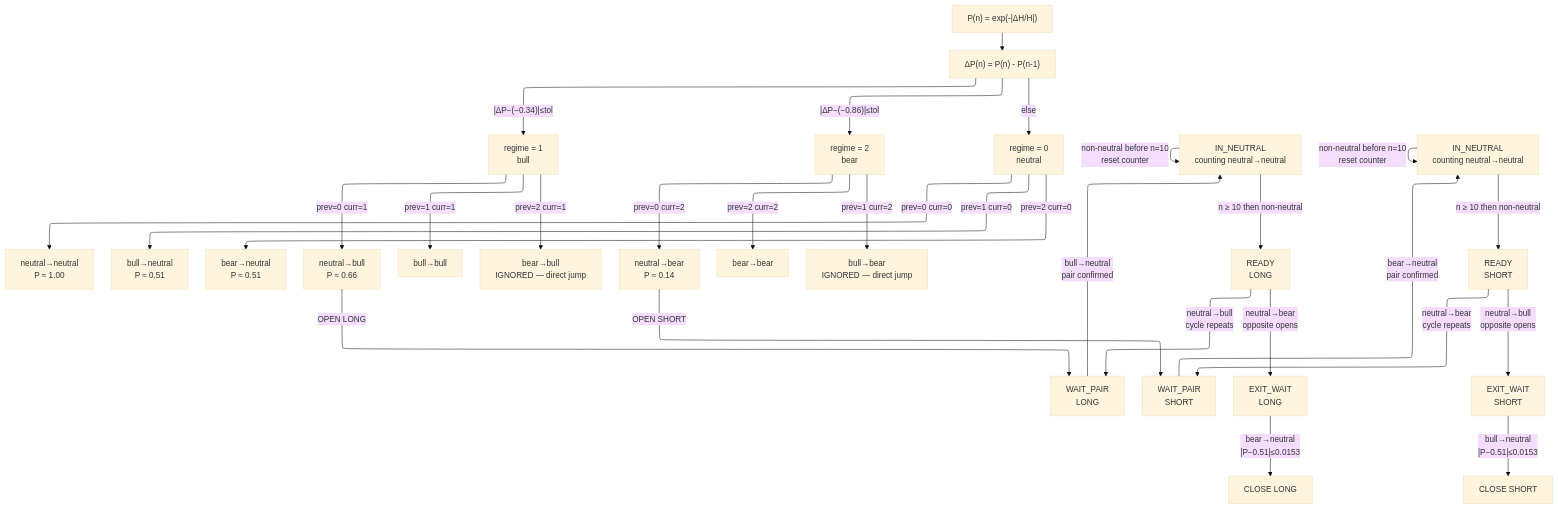
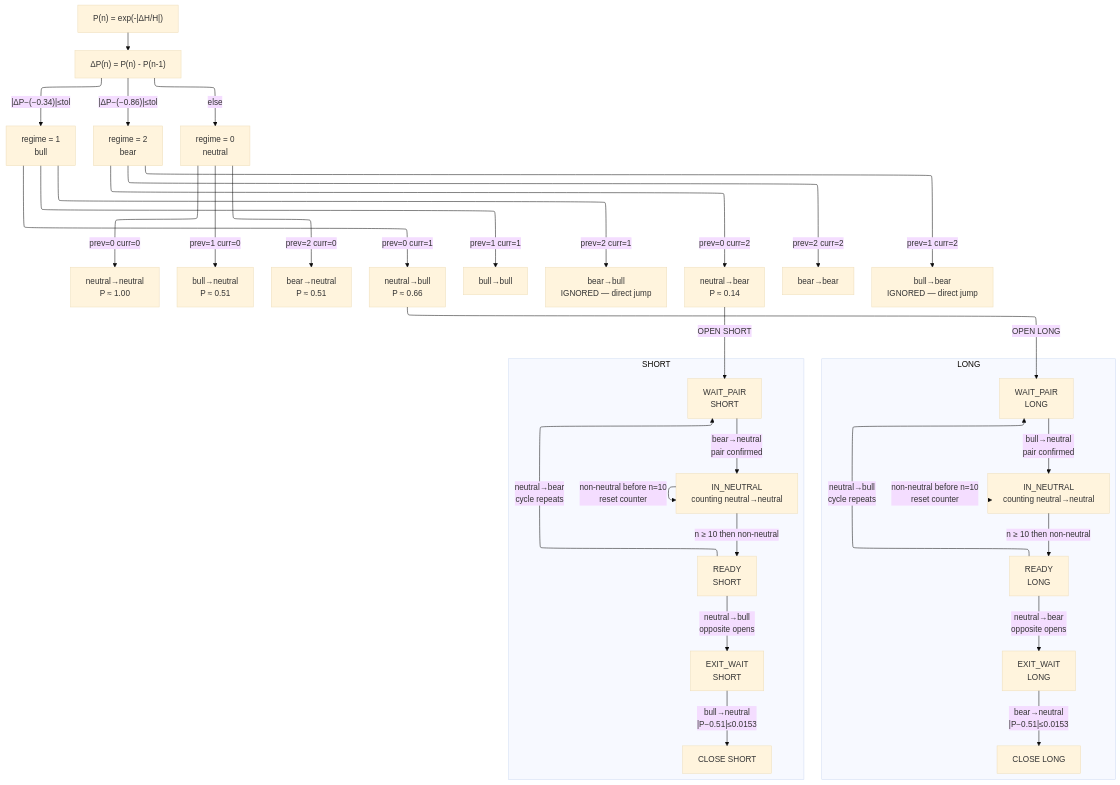
One commit to quantiota/SKA-Binance--API changed the first of 3 diagrams in state_machine_diagram.md. Above: the diagram before and after it, drawn with Mermaid. The commit also changed other lines of this file, not shown here.

````diff
--- a/state_machine_diagram.md
+++ b/state_machine_diagram.md
@@ -60,48 +60,62 @@
 ```mermaid
 ---
 config:
   look: classic
   theme: base
   layout: elk
 ---
 flowchart TD
     P["P(n) = exp(-|ΔH/H|)"]
     DP["ΔP(n) = P(n) - P(n-1)"]
 
     P --> DP
 
     DP -->|"|ΔP−(−0.34)|≤tol"| B["regime = 1\nbull"]
     DP -->|"|ΔP−(−0.86)|≤tol"| R["regime = 2\nbear"]
     DP -->|"else"| N["regime = 0\nneutral"]
 
     N -->|"prev=0 curr=0"| T0["neutral→neutral\nP ≈ 1.00"]
     N -->|"prev=1 curr=0"| T1["bull→neutral\nP ≈ 0.51"]
     N -->|"prev=2 curr=0"| T2["bear→neutral\nP ≈ 0.51"]
 
     B -->|"prev=0 curr=1"| T3["neutral→bull\nP ≈ 0.66"]
     B -->|"prev=1 curr=1"| T4["bull→bull"]
     B -->|"prev=2 curr=1"| DJ2["bear→bull\nIGNORED — direct jump"]
 
     R -->|"prev=0 curr=2"| T5["neutral→bear\nP ≈ 0.14"]
     R -->|"prev=2 curr=2"| T6["bear→bear"]
     R -->|"prev=1 curr=2"| DJ1["bull→bear\nIGNORED — direct jump"]
 
-    T3 -->|"OPEN LONG"| WAIT_PAIR_L["WAIT_PAIR\nLONG"]
-    T5 -->|"OPEN SHORT"| WAIT_PAIR_S["WAIT_PAIR\nSHORT"]
+    subgraph LONG_PATH ["LONG"]
+        WAIT_PAIR_L["WAIT_PAIR\nLONG"]
+        IN_N_L["IN_NEUTRAL\ncounting neutral→neutral"]
+        READY_L["READY\nLONG"]
+        EXIT_L["EXIT_WAIT\nLONG"]
+        CLOSE_L["CLOSE LONG"]
 
-    WAIT_PAIR_L -->|"bull→neutral\npair confirmed"| IN_N_L["IN_NEUTRAL\ncounting neutral→neutral"]
-    WAIT_PAIR_S -->|"bear→neutral\npair confirmed"| IN_N_S["IN_NEUTRAL\ncounting neutral→neutral"]
+        WAIT_PAIR_L -->|"bull→neutral\npair confirmed"| IN_N_L
+        IN_N_L -->|"n ≥ 10 then non-neutral"| READY_L
+        IN_N_L -->|"non-neutral before n=10\nreset counter"| IN_N_L
+        READY_L -->|"neutral→bull\ncycle repeats"| WAIT_PAIR_L
+        READY_L -->|"neutral→bear\nopposite opens"| EXIT_L
+        EXIT_L -->|"bear→neutral\n|P−0.51|≤0.0153"| CLOSE_L
+    end
 
-    IN_N_L -->|"n ≥ 10 then non-neutral"| READY_L["READY\nLONG"]
-    IN_N_L -->|"non-neutral before n=10\nreset counter"| IN_N_L
-    IN_N_S -->|"n ≥ 10 then non-neutral"| READY_S["READY\nSHORT"]
-    IN_N_S -->|"non-neutral before n=10\nreset counter"| IN_N_S
+    subgraph SHORT_PATH ["SHORT"]
+        WAIT_PAIR_S["WAIT_PAIR\nSHORT"]
+        IN_N_S["IN_NEUTRAL\ncounting neutral→neutral"]
+        READY_S["READY\nSHORT"]
+        EXIT_S["EXIT_WAIT\nSHORT"]
+        CLOSE_S["CLOSE SHORT"]
 
-    READY_L -->|"neutral→bull\ncycle repeats"| WAIT_PAIR_L
-    READY_L -->|"neutral→bear\nopposite opens"| EXIT_L["EXIT_WAIT\nLONG"]
-    EXIT_L -->|"bear→neutral\n|P−0.51|≤0.0153"| CLOSE_L["CLOSE LONG"]
+        WAIT_PAIR_S -->|"bear→neutral\npair confirmed"| IN_N_S
+        IN_N_S -->|"n ≥ 10 then non-neutral"| READY_S
+        IN_N_S -->|"non-neutral before n=10\nreset counter"| IN_N_S
+        READY_S -->|"neutral→bear\ncycle repeats"| WAIT_PAIR_S
+        READY_S -->|"neutral→bull\nopposite opens"| EXIT_S
+        EXIT_S -->|"bull→neutral\n|P−0.51|≤0.0153"| CLOSE_S
+    end
 
-    READY_S -->|"neutral→bear\ncycle repeats"| WAIT_PAIR_S
-    READY_S -->|"neutral→bull\nopposite opens"| EXIT_S["EXIT_WAIT\nSHORT"]
-    EXIT_S -->|"bull→neutral\n|P−0.51|≤0.0153"| CLOSE_S["CLOSE SHORT"]
+    T3 -->|"OPEN LONG"| WAIT_PAIR_L
+    T5 -->|"OPEN SHORT"| WAIT_PAIR_S
 ```
````
